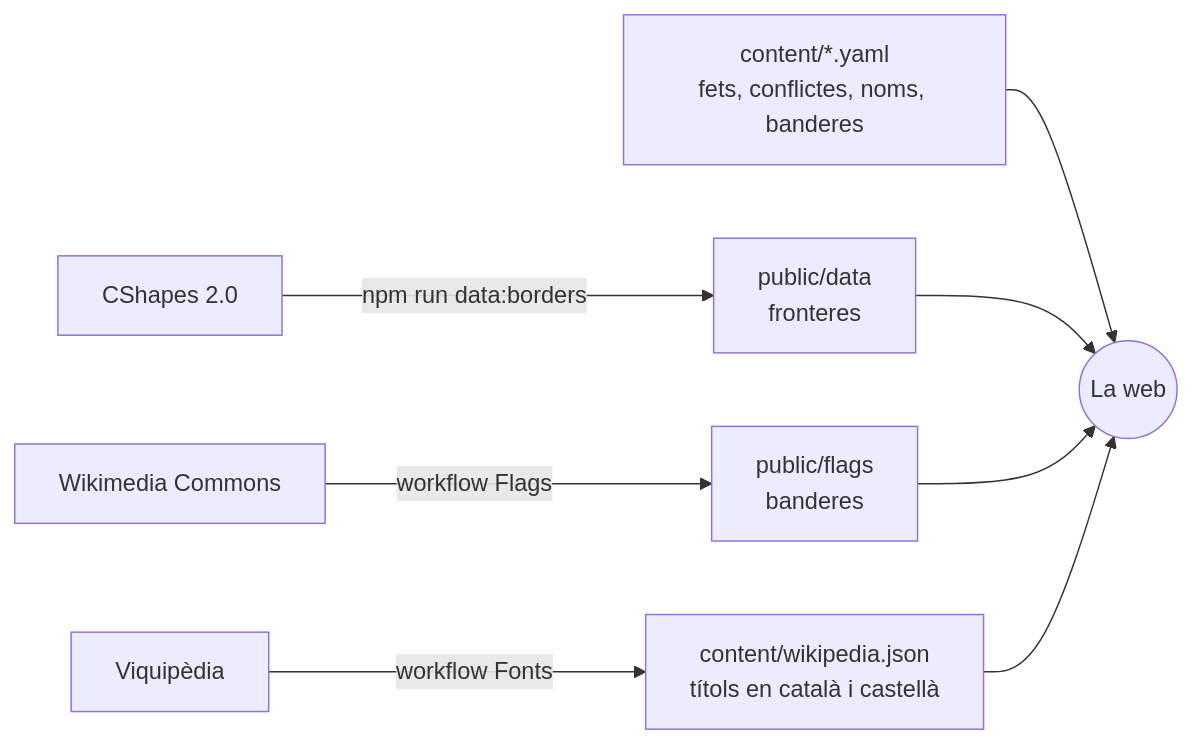
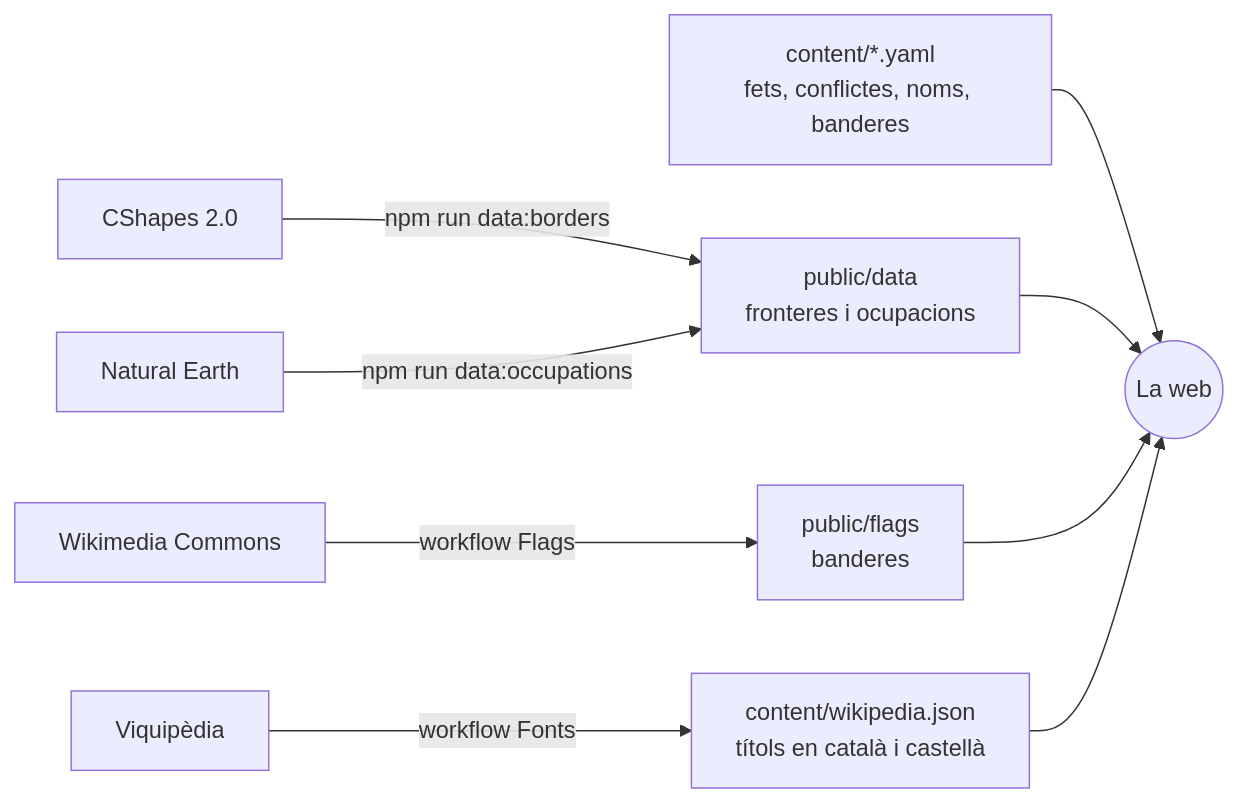
The diagram in README.md (ArnauM13/history-map), drawn with Mermaid before and after one commit. The commit also changed other lines of this file and 67 other files, not shown here.

````diff
--- a/README.md
+++ b/README.md
@@ -95,10 +97,11 @@
 ```mermaid
 flowchart LR
-  cshapes["CShapes 2.0"] -- "npm run data:borders" --> data["public/data<br/>fronteres"]
+  cshapes["CShapes 2.0"] -- "npm run data:borders" --> data["public/data<br/>fronteres i ocupacions"]
+  ne["Natural Earth"] -- "npm run data:occupations" --> data
   commons["Wikimedia Commons"] -- "workflow Flags" --> flags["public/flags<br/>banderes"]
   wiki["Viquipèdia"] -- "workflow Fonts" --> titles["content/wikipedia.json<br/>títols en català i castellà"]
   yaml["content/*.yaml<br/>fets, conflictes, noms, banderes"] --> app(("La web"))
   data --> app
   flags --> app
   titles --> app
 ```
````
